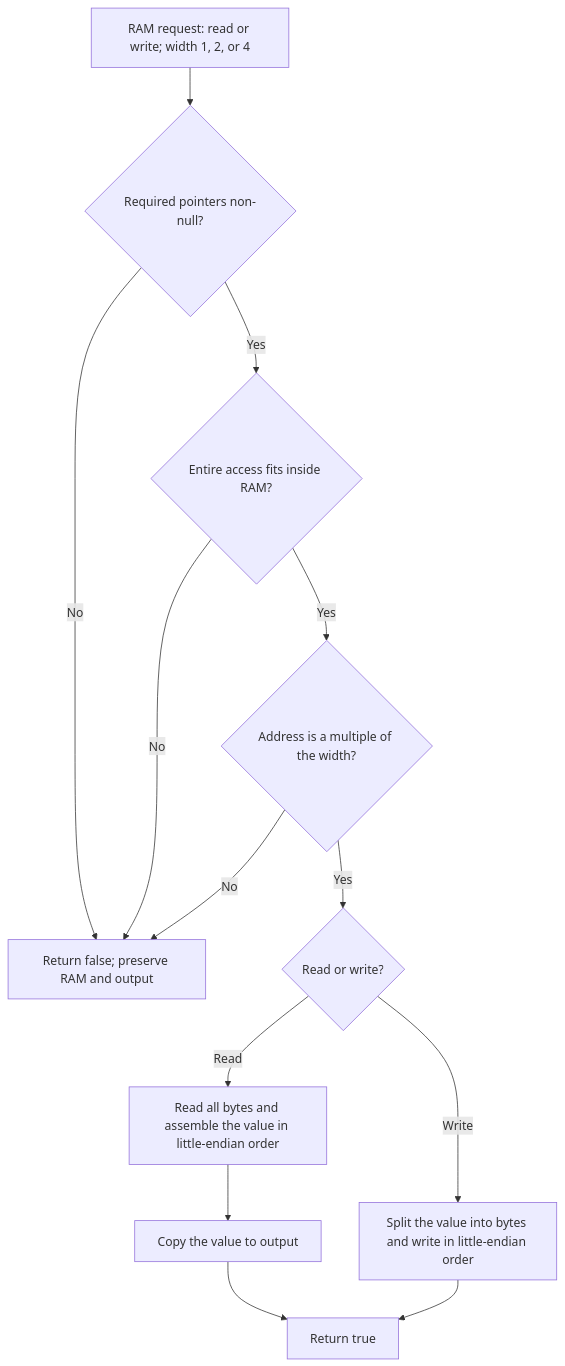
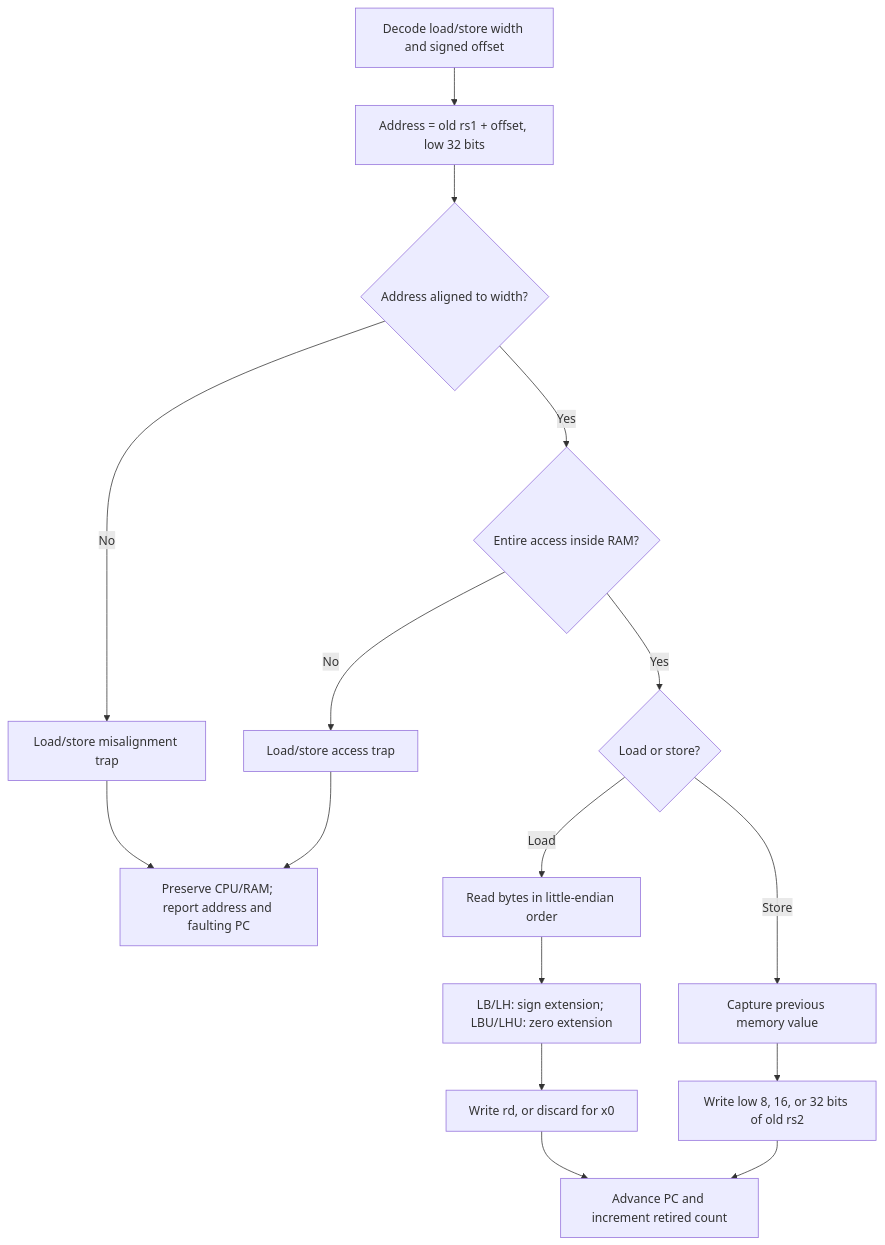
Before and after one commit to IcaroRamosDM/riscv32-simulator: the fourth of 12 diagrams in docs/FLOWCHARTS.md, drawn with Mermaid. The commit also changed other lines of this file and 33 other files, not shown here.

````diff
--- a/docs/FLOWCHARTS.md
+++ b/docs/FLOWCHARTS.md
@@ -93,15 +75,18 @@
 ```mermaid
 flowchart TD
-    START["RAM request: read or write; width 1, 2, or 4"] --> PTR{"Required pointers non-null?"}
-    PTR -->|"No"| FAIL["Return false; preserve RAM and output"]
-    PTR -->|"Yes"| RANGE{"Entire access fits inside RAM?"}
-    RANGE -->|"No"| FAIL
-    RANGE -->|"Yes"| ALIGN{"Address is a multiple of the width?"}
-    ALIGN -->|"No"| FAIL
-    ALIGN -->|"Yes"| OP{"Read or write?"}
-    OP -->|"Read"| READ["Read all bytes and assemble the value in little-endian order"]
-    READ --> OUTPUT["Copy the value to output"]
-    OP -->|"Write"| WRITE["Split the value into bytes and write in little-endian order"]
-    OUTPUT --> OK["Return true"]
-    WRITE --> OK
+    START["Decode load/store width and signed offset"] --> ADDRESS["Address = old rs1 + offset, low 32 bits"]
+    ADDRESS --> ALIGN{"Address aligned to width?"}
+    ALIGN -->|No| MISALIGN["Load/store misalignment trap"]
+    ALIGN -->|Yes| RANGE{"Entire access inside RAM?"}
+    RANGE -->|No| ACCESS["Load/store access trap"]
+    RANGE -->|Yes| KIND{"Load or store?"}
+    KIND -->|Load| READ["Read bytes in little-endian order"]
+    READ --> EXTEND["LB/LH: sign extension; LBU/LHU: zero extension"]
+    EXTEND --> REG["Write rd, or discard for x0"]
+    KIND -->|Store| OLD["Capture previous memory value"]
+    OLD --> WRITE["Write low 8, 16, or 32 bits of old rs2"]
+    REG --> COMMIT["Advance PC and increment retired count"]
+    WRITE --> COMMIT
+    MISALIGN --> FAIL["Preserve CPU/RAM; report address and faulting PC"]
+    ACCESS --> FAIL
 ```
````
